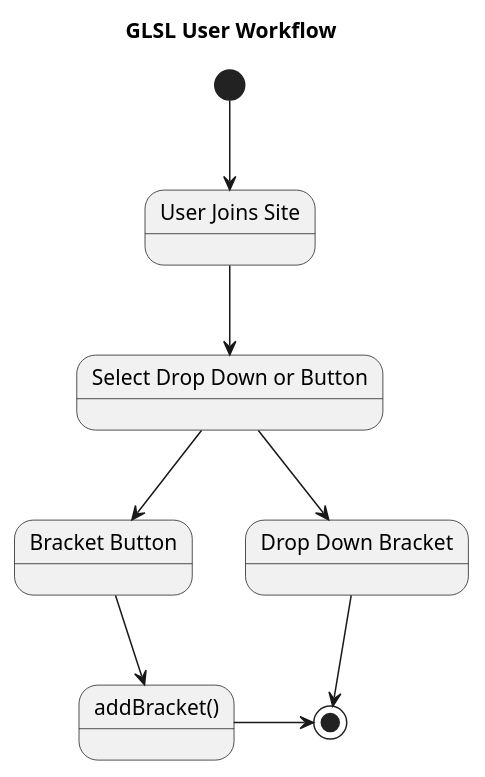
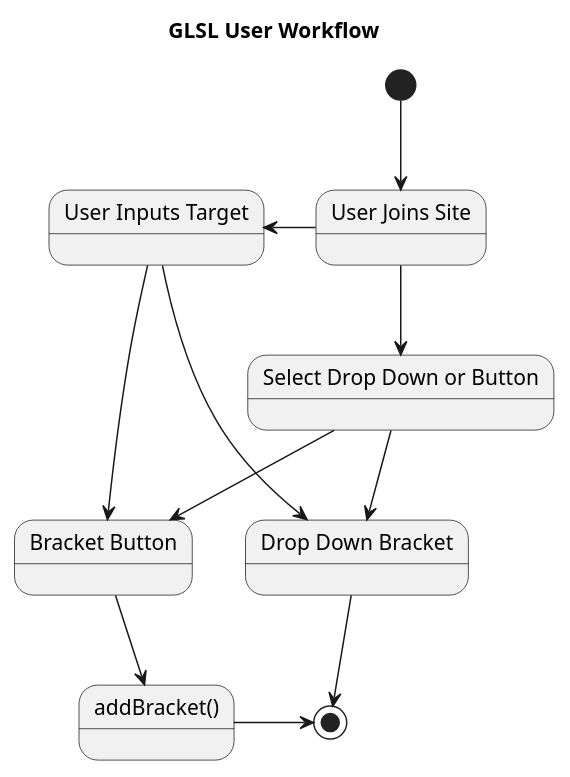
The diagram in 02_GLSL/01_Design-Docs/UX-Workflow.adoc (ActuallyFro/Grevnyrch), drawn with PlantUML before and after one commit.

Commit message:
{02_GLSL/01_Design-Docs} more state specification

```diff
--- a/02_GLSL/01_Design-Docs/UX-Workflow.adoc
+++ b/02_GLSL/01_Design-Docs/UX-Workflow.adoc
@@ -8,31 +8,37 @@
 [plantuml, target=diagram-classes, format=png]
 ....
 @startuml
 Title GLSL User Workflow
 State "User Joins Site" as  UserJoins
 State "Select Drop Down or Button" as SelectDropDownOrButton
 State "Bracket Button" as BracketButton
 State "Drop Down Bracket" as DropDownBracket 
 State "addBracket()" as addBracket
+
+State "User Inputs Target" as TargetIsInputted
 
 [*] -down-> UserJoins
 
 ' note left of UserJoins : Single line note
 ' note right of SelectDropDownOrButton
 '    Notes can also 
 '    take up multiple
 '    lines like this
 'end note
 
 'UserJoins -right-> SelectDropDownOrButton
 UserJoins -down-> SelectDropDownOrButton
+UserJoins -left-> TargetIsInputted
 SelectDropDownOrButton -down-> DropDownBracket
 SelectDropDownOrButton -down-> BracketButton
 BracketButton -> addBracket
 ' DropDownBracket -left-> Sleeping
 'addBracket -up-> SelectDropDownOrButton
 
+TargetIsInputted -> BracketButton
+TargetIsInputted -> DropDownBracket
+
 DropDownBracket -down-> [*]
 addBracket -down> [*]
 @enduml
 ....
```
